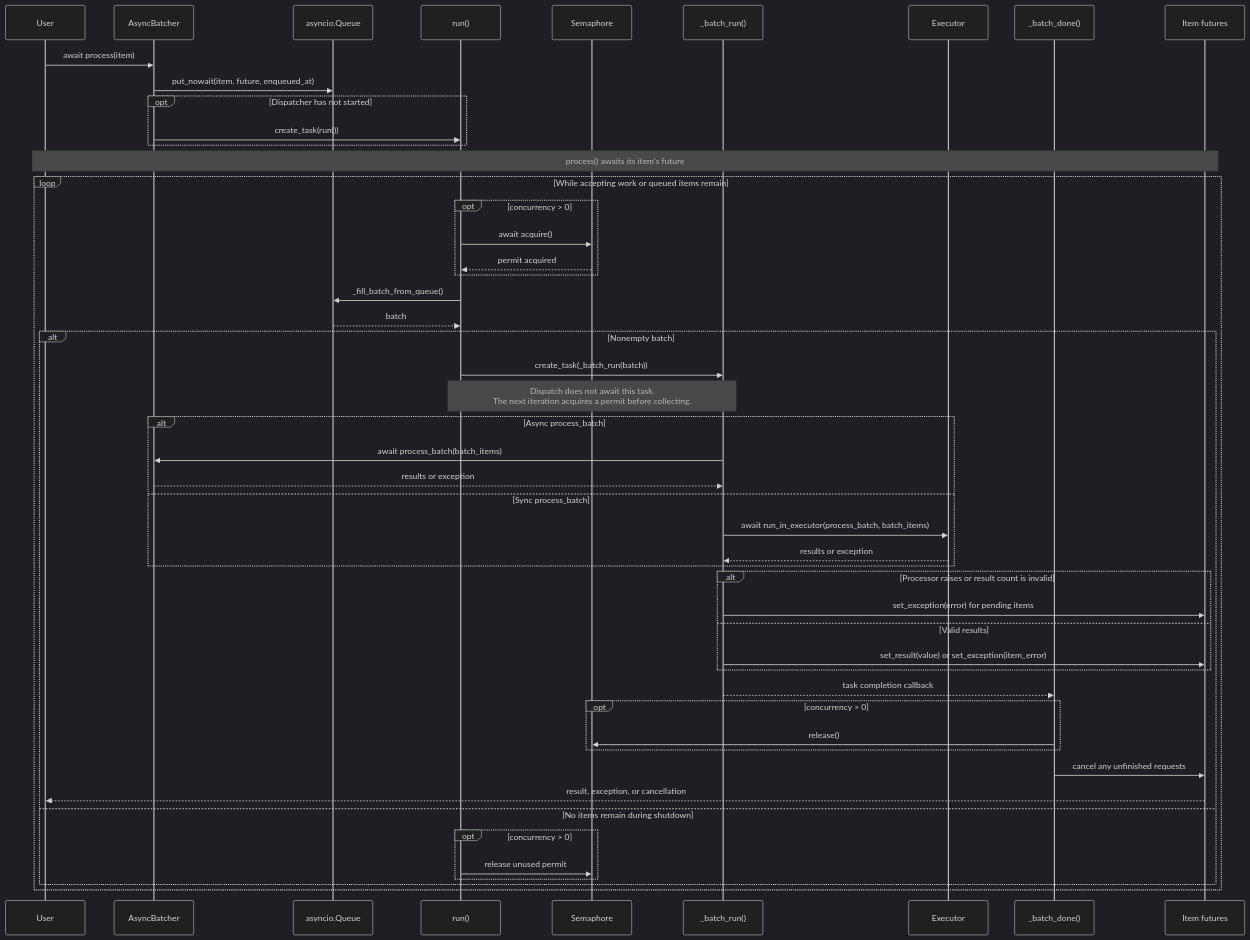
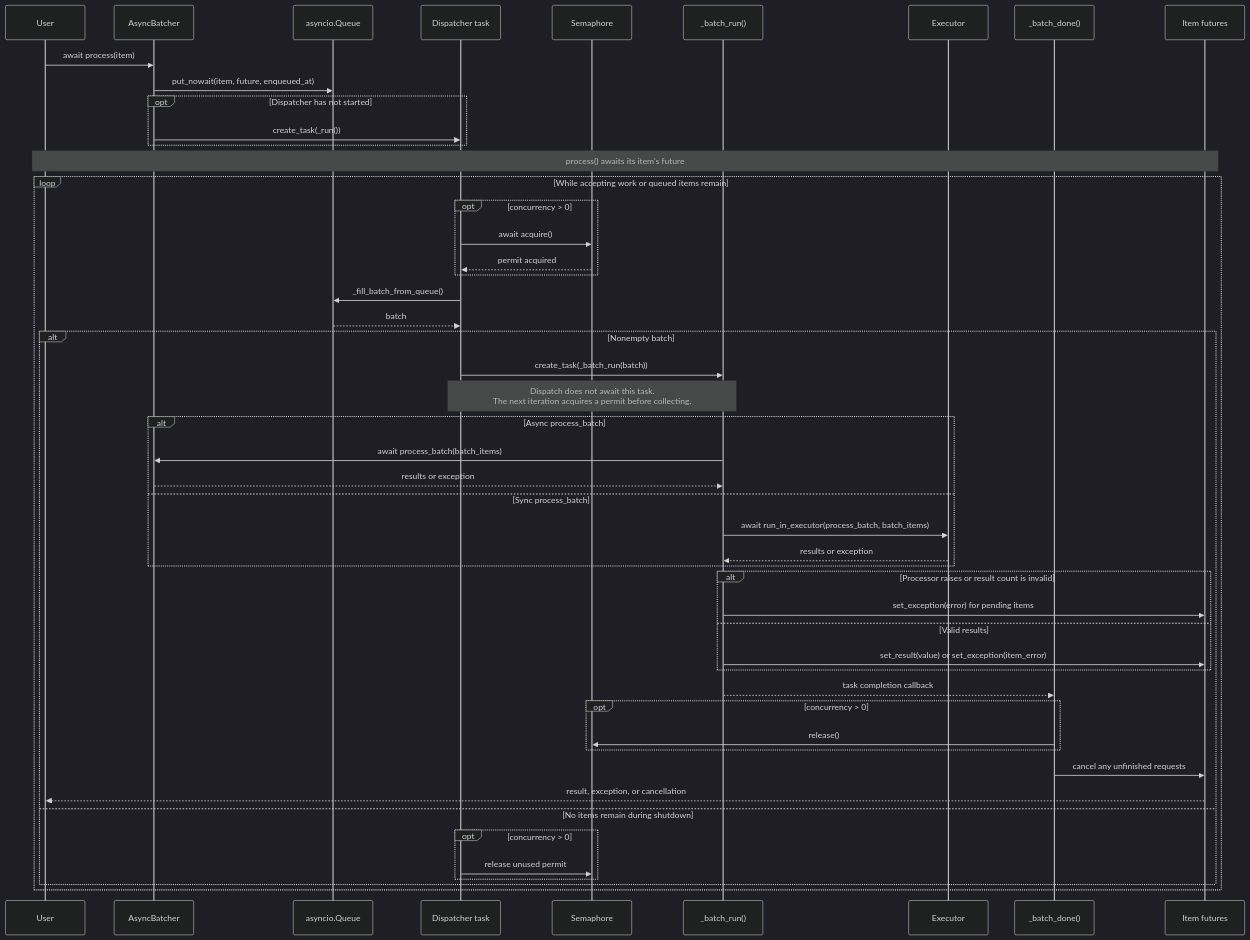
One commit to hussein-awala/async-batcher changed the diagram in README.md. Above: the diagram before and after it, drawn with Mermaid (dark theme). The commit also changed other lines of this file and 3 other files, not shown here.

Commit message:
Track dispatcher lifetime independently of direct run callers (#111)

````diff
--- a/README.md
+++ b/README.md
@@ -54,58 +56,58 @@
 ```mermaid
 sequenceDiagram
     participant User
     participant AsyncBatcher
     participant Queue as asyncio.Queue
-    participant RunLoop as run()
+    participant RunLoop as Dispatcher task
     participant Semaphore
     participant BatchTask as _batch_run()
     participant Executor
     participant Completion as _batch_done()
     participant Futures as Item futures
 
     User->>AsyncBatcher: await process(item)
     AsyncBatcher->>Queue: put_nowait(item, future, enqueued_at)
     opt Dispatcher has not started
-        AsyncBatcher->>RunLoop: create_task(run())
+        AsyncBatcher->>RunLoop: create_task(_run())
     end
     Note over User,Futures: process() awaits its item's future
 
     loop While accepting work or queued items remain
         opt concurrency > 0
             RunLoop->>Semaphore: await acquire()
             Semaphore-->>RunLoop: permit acquired
         end
         RunLoop->>Queue: _fill_batch_from_queue()
         Queue-->>RunLoop: batch
 
         alt Nonempty batch
             RunLoop->>BatchTask: create_task(_batch_run(batch))
             Note over RunLoop,BatchTask: Dispatch does not await this task.<br/>The next iteration acquires a permit before collecting.
 
             alt Async process_batch
                 BatchTask->>AsyncBatcher: await process_batch(batch_items)
                 AsyncBatcher-->>BatchTask: results or exception
             else Sync process_batch
                 BatchTask->>Executor: await run_in_executor(process_batch, batch_items)
                 Executor-->>BatchTask: results or exception
             end
 
             alt Processor raises or result count is invalid
                 BatchTask->>Futures: set_exception(error) for pending items
             else Valid results
                 BatchTask->>Futures: set_result(value) or set_exception(item_error)
             end
 
             BatchTask-->>Completion: task completion callback
             opt concurrency > 0
                 Completion->>Semaphore: release()
             end
             Completion->>Futures: cancel any unfinished requests
             Futures-->>User: result, exception, or cancellation
         else No items remain during shutdown
             opt concurrency > 0
                 RunLoop->>Semaphore: release unused permit
             end
         end
     end
 ```
````
